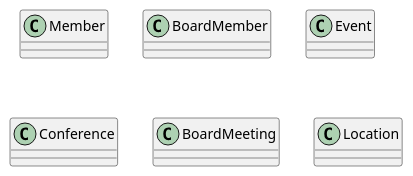
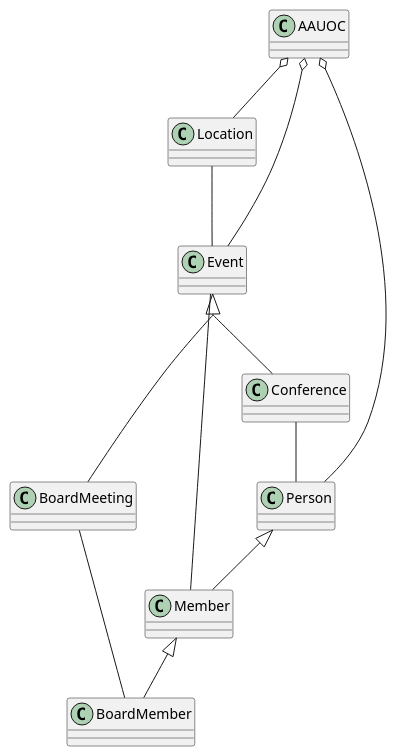
One commit to RikaMzHyde/UMLClasesLauraPinedo changed the diagram in src/UMLEjercicio.puml. Above: the diagram before and after it, drawn with PlantUML.

Commit message:
Acabamos el punto 1 y 2, comenzamos con el 3

```diff
--- a/src/UMLEjercicio.puml
+++ b/src/UMLEjercicio.puml
@@ -1,14 +1,39 @@
 @startuml
+skinparam groupInheritance 2
 class Member{
 }
 class BoardMember{
 }
 class Event{
 }
 class Conference{
 }
 class BoardMeeting{
 }
 class Location{
 }
+class Person{
+}
+class AAUOC{
+}
+
+
+Event <|-- Conference
+Event <|-- BoardMeeting
+Event -- Member
+
+
+
+Person <|-- Member
+Member <|-- BoardMember
+
+
+AAUOC o-- Person
+AAUOC o-- Location
+AAUOC o-- Event
+
+Location -- Event
+
+Conference -- Person
+BoardMeeting -- BoardMember
 @enduml
```
